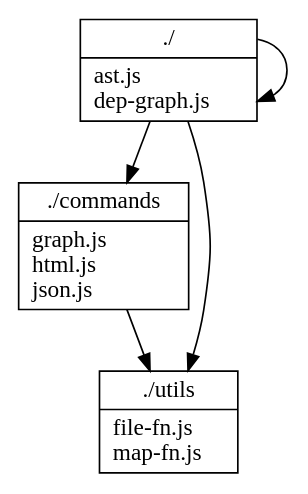
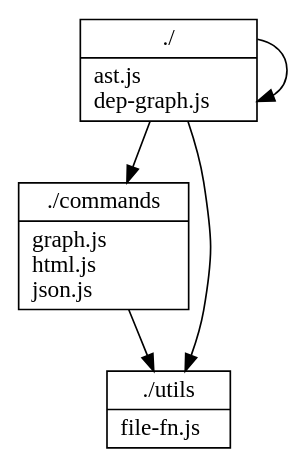
Before and after one commit to fleebe/dep-graph: the diagram in __tests__/out-eg/srcPackage.dot, drawn with Graphviz. The commit also changed 16 other files, not shown here.

```diff
--- a/__tests__/out-eg/srcPackage.dot
+++ b/__tests__/out-eg/srcPackage.dot
@@ -1,23 +1,22 @@
 digraph {
 node [shape=record];
 "./" [label="{./|
 	ast.js\l
 	dep-graph.js\l
 }"];
 
 "./commands" [label="{./commands|
 	graph.js\l
 	html.js\l
 	json.js\l
 }"];
 
 "./utils" [label="{./utils|
 	file-fn.js\l
-	map-fn.js\l
 }"];
 
 "./"->"./utils"
 "./"->"./"
 "./"->"./commands"
 "./commands"->"./utils"
 }
```
